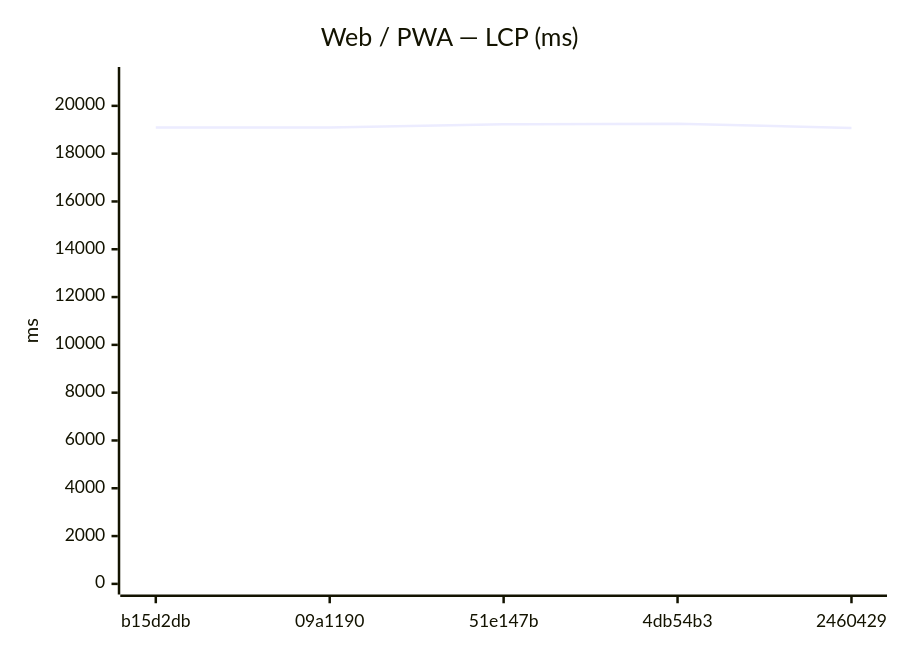
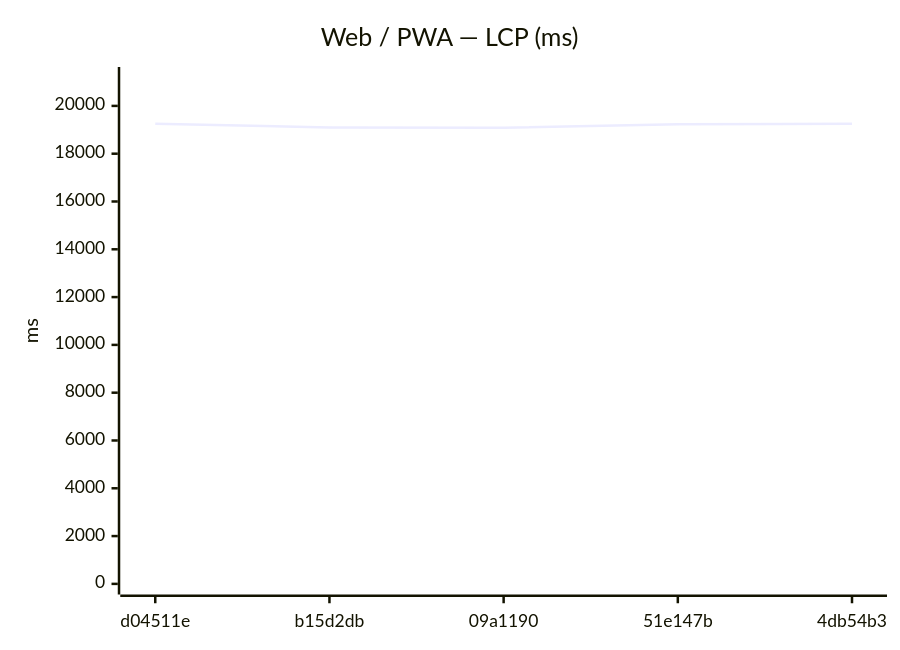
The seventh of 18 diagrams in benchmarks/compare.md (Metaheurist/Rianell), drawn with Mermaid before and after one commit. The commit also changed other lines of this file and 11 other files, not shown here.

````diff
--- a/benchmarks/compare.md
+++ b/benchmarks/compare.md
@@ -117,7 +117,7 @@
 ```mermaid
 xychart-beta
     title "Web / PWA — LCP (ms)"
-    x-axis ["b15d2db", "09a1190", "51e147b", "4db54b3", "2460429"]
-    y-axis "ms" 0 --> 21181
-    line [19097, 19090, 19227, 19255, 19076]
+    x-axis ["d04511e", "b15d2db", "09a1190", "51e147b", "4db54b3"]
+    y-axis "ms" 0 --> 21183
+    line [19257, 19097, 19090, 19227, 19255]
 ```
````
